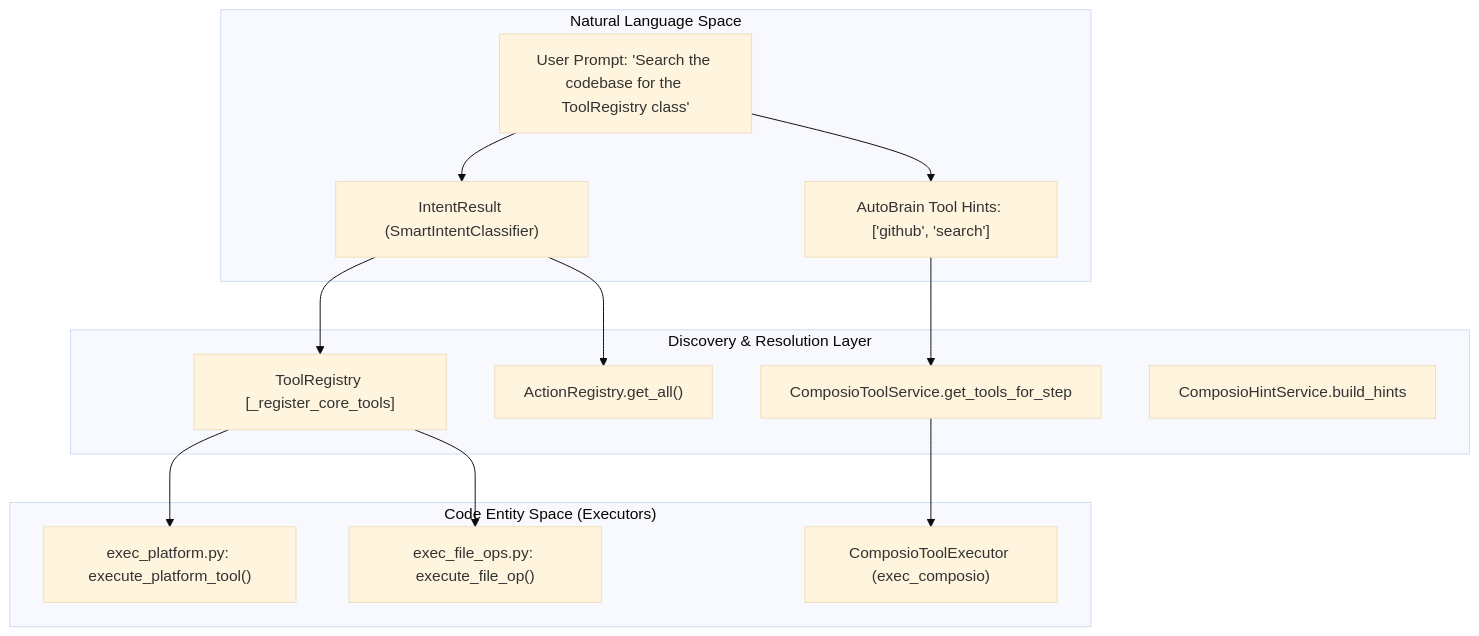
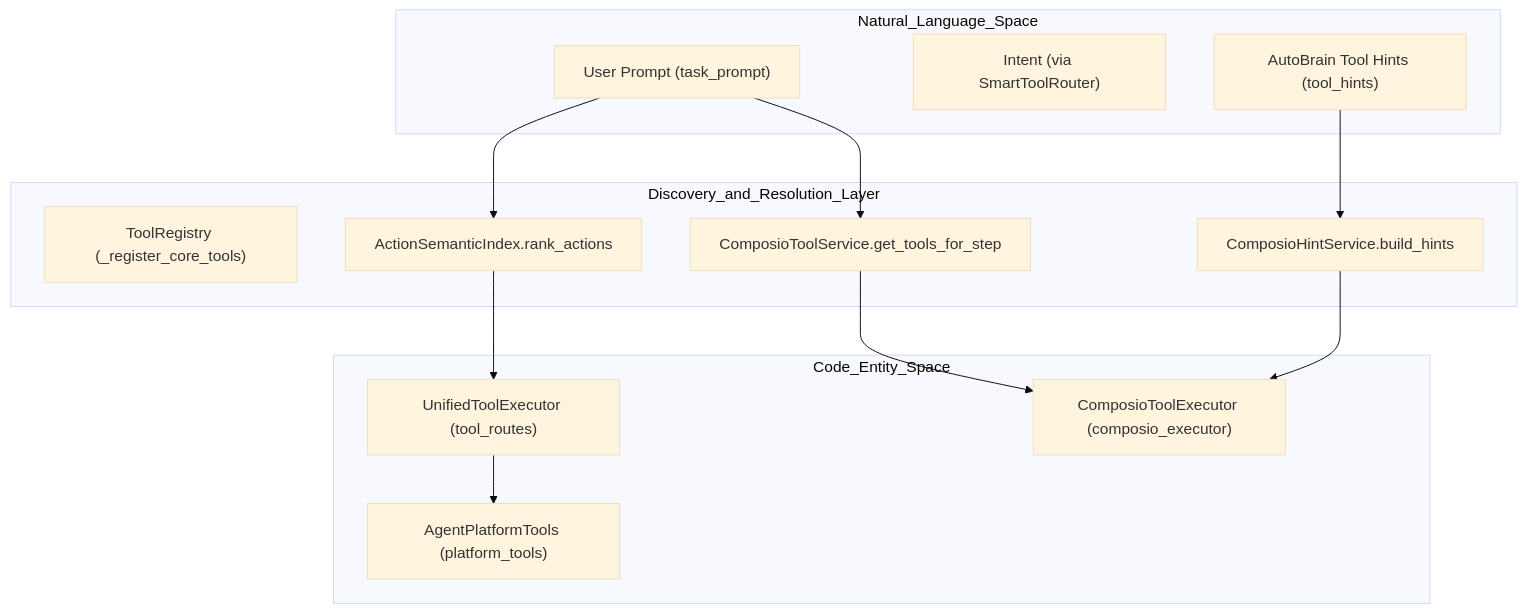
The first of 2 diagrams in docs/tools-integrations/tool-discovery-resolution.md (AutomatosAI/automatos-ai), drawn with Mermaid (base theme) before and after one commit. The commit also changed other lines of this file and 191 other files, not shown here.

````diff
--- a/docs/tools-integrations/tool-discovery-resolution.md
+++ b/docs/tools-integrations/tool-discovery-resolution.md
@@ -49,30 +53,29 @@
 ```mermaid
 graph TD
-    subgraph "Natural Language Space"
-        UserPrompt["User Prompt: 'Search the codebase for the ToolRegistry class'"]
-        Intent["IntentResult (SmartIntentClassifier)"]
-        ToolHints["AutoBrain Tool Hints: ['github', 'search']"]
+    subgraph "Natural_Language_Space"
+        UserPrompt["User Prompt (task_prompt)"]
+        Intent["Intent (via SmartToolRouter)"]
+        ToolHints["AutoBrain Tool Hints (tool_hints)"]
     end
 
-    subgraph "Discovery & Resolution Layer"
-        Registry["ToolRegistry [_register_core_tools]"]
-        ActionReg["ActionRegistry.get_all()"]
+    subgraph "Discovery_and_Resolution_Layer"
+        Registry["ToolRegistry (_register_core_tools)"]
+        SemanticIndex["ActionSemanticIndex.rank_actions"]
         CompService["ComposioToolService.get_tools_for_step"]
         HintService["ComposioHintService.build_hints"]
     end
 
-    subgraph "Code Entity Space (Executors)"
-        PlatformExec["exec_platform.py: execute_platform_tool()"]
-        FileExec["exec_file_ops.py: execute_file_op()"]
-        CompExec["ComposioToolExecutor (exec_composio)"]
+    subgraph "Code_Entity_Space"
+        UnifiedExec["UnifiedToolExecutor (tool_routes)"]
+        PlatformExec["AgentPlatformTools (platform_tools)"]
+        CompExec["ComposioToolExecutor (composio_executor)"]
     end
 
-    UserPrompt --> Intent
-    UserPrompt --> ToolHints
-    Intent --> Registry
-    Intent --> ActionReg
-    ToolHints --> CompService
+    UserPrompt --> SemanticIndex
+    UserPrompt --> CompService
+    ToolHints --> HintService
+    SemanticIndex --> UnifiedExec
     CompService --> CompExec
-    Registry --> PlatformExec
-    Registry --> FileExec
+    HintService --> CompExec
+    UnifiedExec --> PlatformExec
 ```
````
